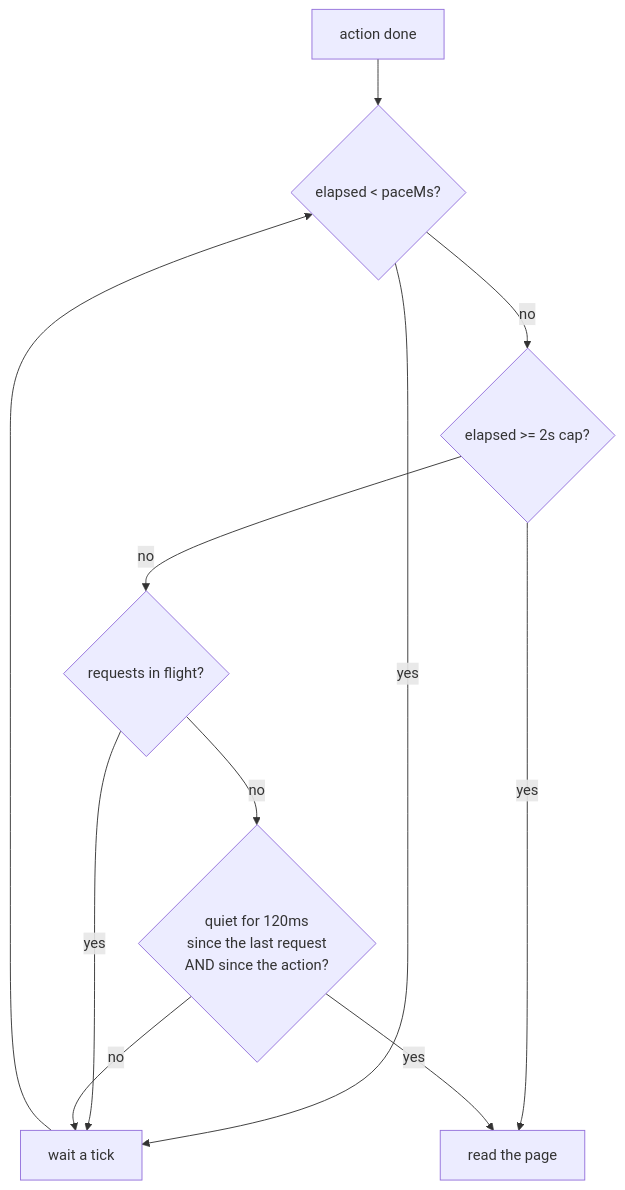
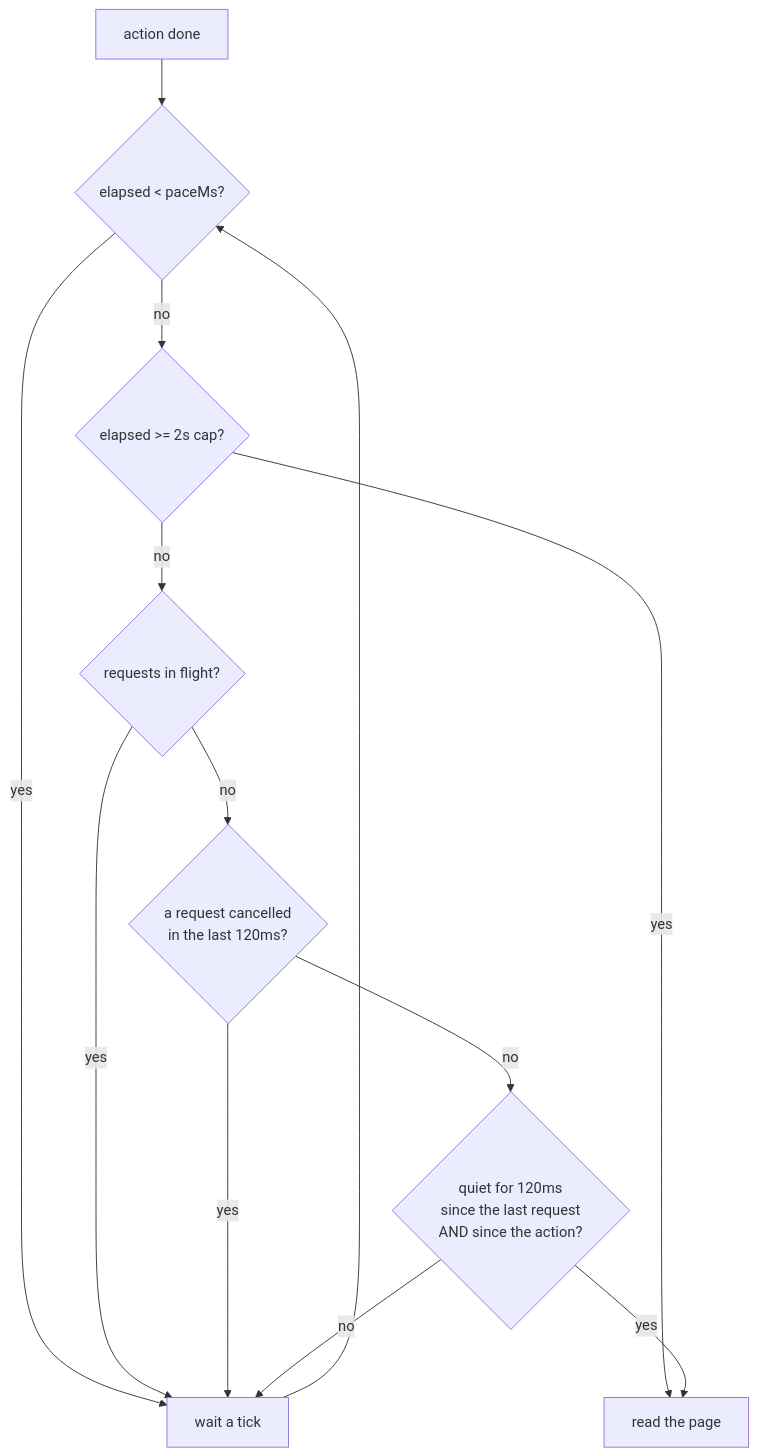
One commit to brunoboto96/SceneScout changed the third of 9 diagrams in docs/how-it-works.md. Above: the diagram before and after it, drawn with Mermaid. The commit also changed other lines of this file and 7 other files, not shown here.

First line of the commit message:
Settle: keep the quiet window after the browser cancels a request

````diff
--- a/docs/how-it-works.md
+++ b/docs/how-it-works.md
@@ -90,13 +90,15 @@
 ```mermaid
 flowchart TD
     A[action done] --> B{elapsed < paceMs?}
     B -->|yes| W[wait a tick]
     B -->|no| C{elapsed >= 2s cap?}
     C -->|yes| R[read the page]
     C -->|no| D{requests in flight?}
     D -->|yes| W
-    D -->|no| E{quiet for 120ms<br/>since the last request<br/>AND since the action?}
+    D -->|no| X{a request cancelled<br/>in the last 120ms?}
+    X -->|yes| W
+    X -->|no| E{quiet for 120ms<br/>since the last request<br/>AND since the action?}
     E -->|no| W
     E -->|yes| R
     W --> B
 ```
````
